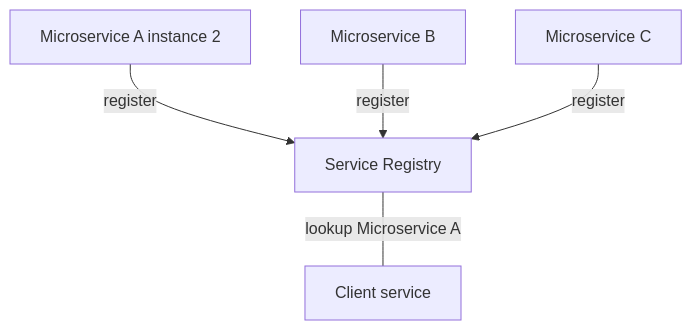
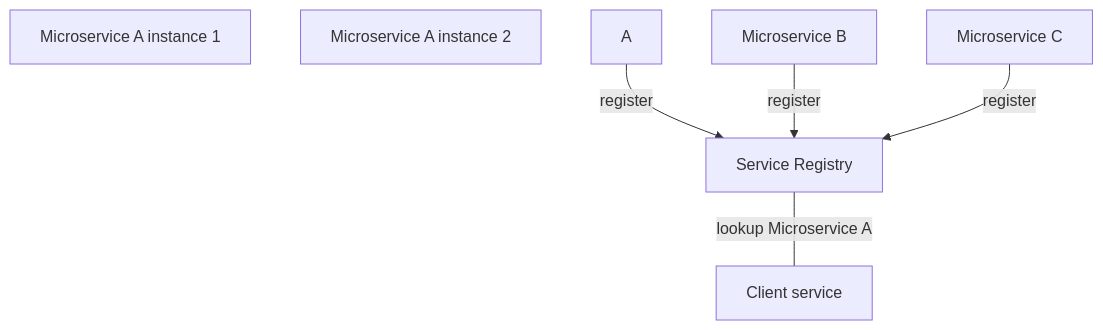
The diagram in service-discovery/README.md (sonamsamdupkhangsar/sonamsamdupkhangsar.github.io), drawn with Mermaid before and after one commit.

Commit message:
add service discovery

````diff
--- a/service-discovery/README.md
+++ b/service-discovery/README.md
@@ -8,14 +8,14 @@
 ```mermaid
 flowchart TD   
-    A[Microservice A instance 1]
-    A[Microservice A instance 2]
+    A1[Microservice A instance 1]
+    A2[Microservice A instance 2]
     B[Microservice B]
     C[Microservice C]
     Eureka[Service Registry]
     D[Client service] 
 
     A --> |register| Eureka
     B --> |register| Eureka
     C --> |register| Eureka
     Eureka ---|lookup Microservice A| D
 ``` 
````
